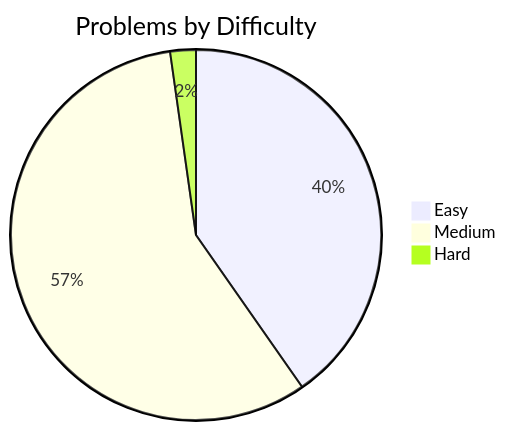
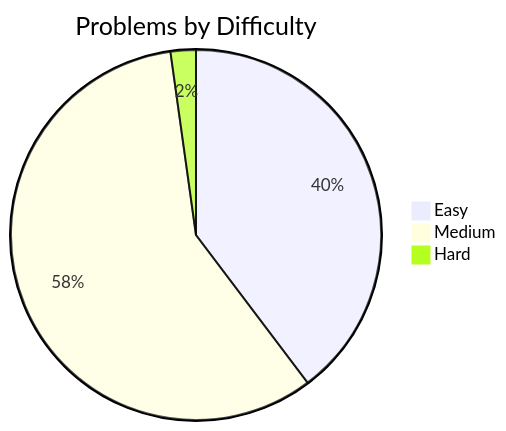
One commit to Jasjeet-Singh-S/100-days-DSA changed the first of 2 diagrams in readme.md. Above: the diagram before and after it, drawn with Mermaid. The commit also changed other lines of this file and 2 other files, not shown here.

````diff
--- a/readme.md
+++ b/readme.md
@@ -19,6 +19,6 @@
 ```mermaid
 pie title Problems by Difficulty
     "Easy" : 54
-    "Medium" : 77
+    "Medium" : 79
     "Hard" : 3
 ```
````
